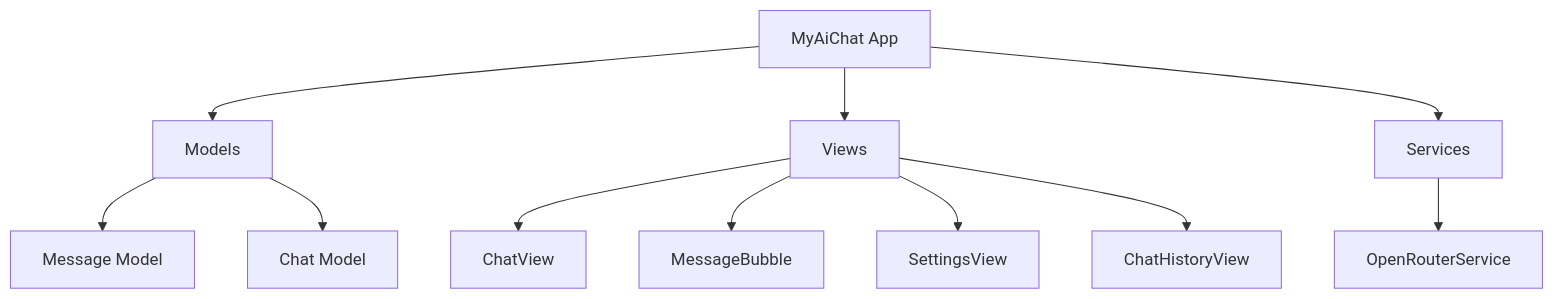
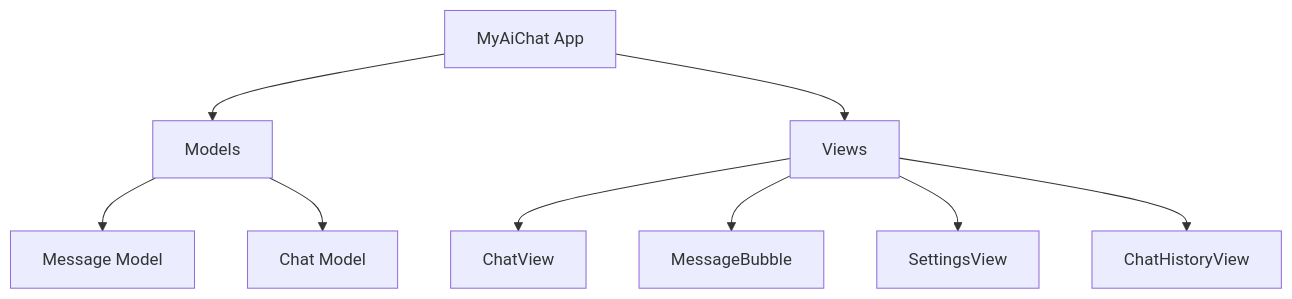
Before and after one commit to fredodupoux/MyAiChat-SwiftUI: the diagram in docs/BuildingAiChatApp.md, drawn with Mermaid. The commit also changed other lines of this file and 4 other files, not shown here.

````diff
--- a/docs/BuildingAiChatApp.md
+++ b/docs/BuildingAiChatApp.md
@@ -13,13 +14,11 @@
 ```mermaid
 graph TD
     A[MyAiChat App] --> B[Models]
     A --> C[Views]
-    A --> D[Services]
     B --> E[Message Model]
     B --> F[Chat Model]
     C --> G[ChatView]
     C --> H[MessageBubble]
     C --> I[SettingsView]
     C --> J[ChatHistoryView]
-    D --> K[OpenRouterService]
 ```
````
